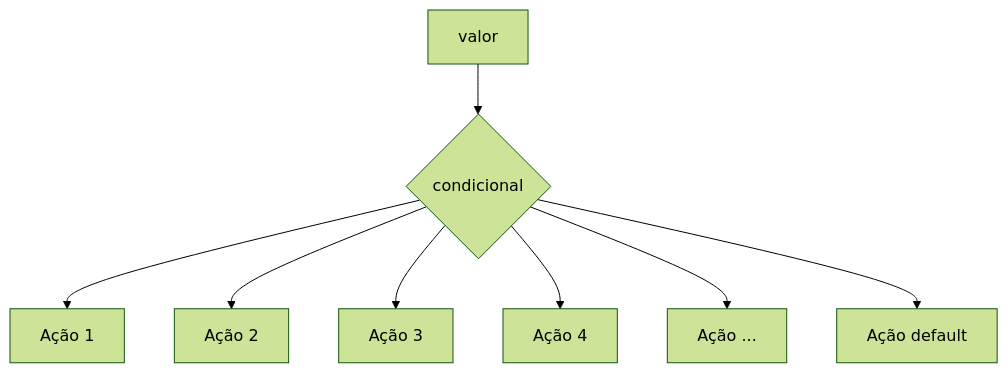
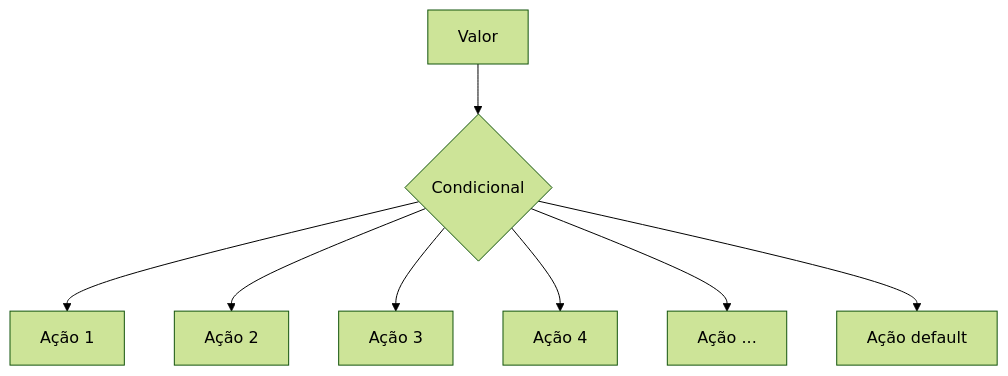
One commit to yasminsantosdurval-rm/BackEnd changed the fifth of 8 diagrams in README.md. Above: the diagram before and after it, drawn with Mermaid (forest theme). The commit also changed other lines of this file, not shown here.

````diff
--- a/README.md
+++ b/README.md
@@ -328,12 +330,12 @@
 ```mermaid
 
 graph TD
-A[valor] --> B{condicional}
-B --> C[Ação 1]
-B --> D[Ação 2]
+    A[Valor] --> B{Condicional}
+    B --> C[Ação 1]
+    B --> D[Ação 2]
     B --> E[Ação 3]
     B --> F[Ação 4]
     B --> G[Ação ...]
     B --> H[Ação default]
 
 ```
````
